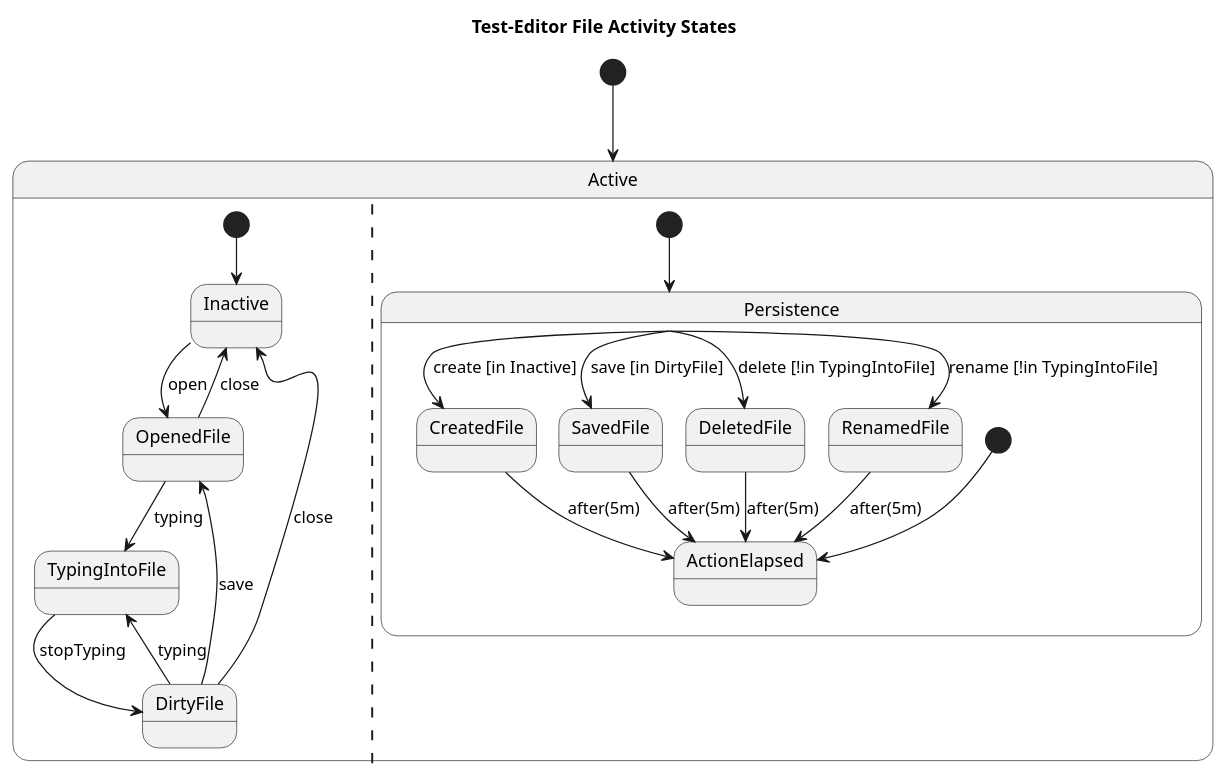
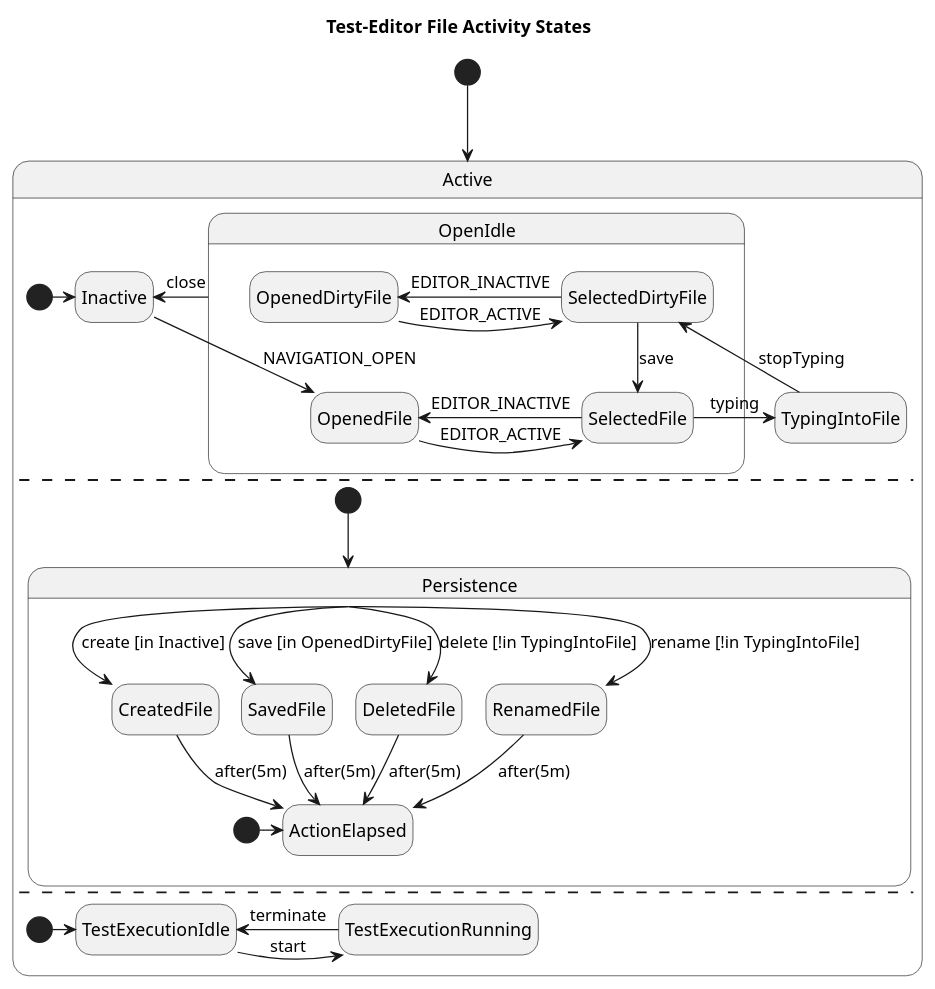
The diagram in src/app/user-activity-config/doc/user-activity.plantuml (test-editor/test-editor-web), drawn with PlantUML before and after one commit. The commit also changed 6 other files, not shown here.

```diff
--- a/src/app/user-activity-config/doc/user-activity.plantuml
+++ b/src/app/user-activity-config/doc/user-activity.plantuml
@@ -1,30 +1,46 @@
 @startuml
 
 title Test-Editor File Activity States
+hide empty description
 
 [*] --> Active
 state Active {
-  [*] --> Inactive
-  Inactive --> OpenedFile : open
-  OpenedFile --> TypingIntoFile : typing
-  OpenedFile --> Inactive : close
-  TypingIntoFile --> DirtyFile : stopTyping
-  DirtyFile --> TypingIntoFile : typing
-  DirtyFile --> OpenedFile : save
-  DirtyFile --> Inactive : close
-  ||
+  [*] -> Inactive
+
+  state OpenIdle {
+    state OpenedFile
+    state OpenedDirtyFile
+    state SelectedFile
+    state SelectedDirtyFile
+  }
+
+  TypingIntoFile --> SelectedDirtyFile : stopTyping
+  SelectedFile -> TypingIntoFile : typing
+  Inactive --> OpenedFile : NAVIGATION_OPEN
+  OpenIdle --> Inactive : close
+  OpenedFile -> SelectedFile : EDITOR_ACTIVE
+  SelectedFile -> OpenedFile : EDITOR_INACTIVE
+  OpenedDirtyFile -right-> SelectedDirtyFile : EDITOR_ACTIVE
+  SelectedDirtyFile -left-> OpenedDirtyFile : EDITOR_INACTIVE
+  SelectedDirtyFile --> SelectedFile : save
+
+  --
   [*] --> Persistence
   state Persistence {
-    [*] --> ActionElapsed
+    [*] -> ActionElapsed
     Persistence --> CreatedFile : create [in Inactive]
-    Persistence --> SavedFile : save [in DirtyFile]
+    Persistence --> SavedFile : save [in OpenedDirtyFile]
     Persistence --> DeletedFile : delete [!in TypingIntoFile]
     Persistence --> RenamedFile : rename [!in TypingIntoFile]
     CreatedFile --> ActionElapsed : after(5m)
     SavedFile --> ActionElapsed : after(5m)
     DeletedFile --> ActionElapsed : after(5m)
     RenamedFile --> ActionElapsed : after(5m)
   }
+  --
+  [*] -> TestExecutionIdle
+  TestExecutionIdle -> TestExecutionRunning: start
+  TestExecutionRunning -> TestExecutionIdle : terminate
 }
 
 @enduml
```
